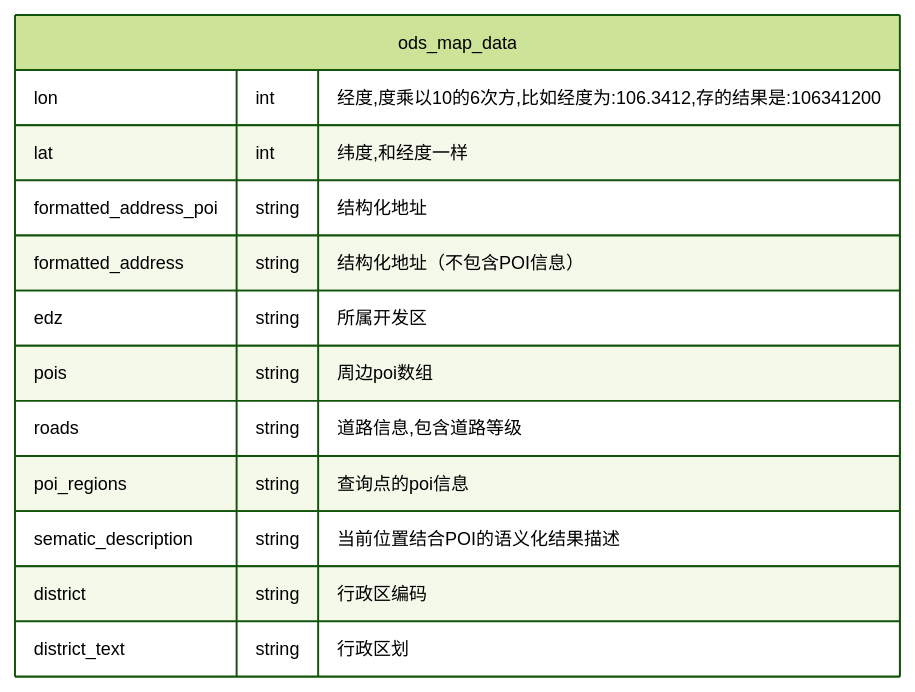
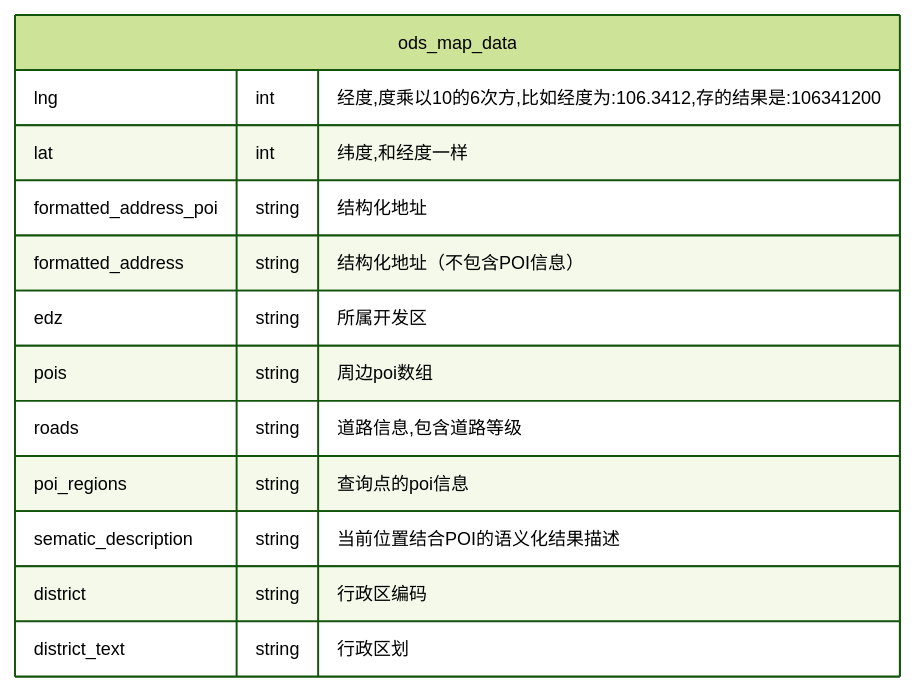
Before and after one commit to luoyh/obsidian-sync: the sixth of 6 diagrams in tqbb/Map.md, drawn with Mermaid. The commit also changed other lines of this file, not shown here.

````diff
--- a/tqbb/Map.md
+++ b/tqbb/Map.md
@@ -166,33 +166,33 @@
 ```mermaid
 %%{
     init: {
         'theme': 'forest', 
         'themeVariables': { 
             'fontSize': '12px', 
             'fontFamily': 'Consolas',  
             'primaryColor': '#BB2528', 
             'primaryTextColor': '#fff', 
             'primaryBorderColor': '#7C0000', 
             'lineColor': '#F8B229', 
             'secondaryColor': '#006100', 
             'tertiaryColor': '#fff'
         }
     }
 }%%
 
 erDiagram
     ods_map_data {
-        lon int "经度,度乘以10的6次方,比如经度为:106.3412,存的结果是:106341200"
+        lng int "经度,度乘以10的6次方,比如经度为:106.3412,存的结果是:106341200"
         lat int "纬度,和经度一样"
         formatted_address_poi string "结构化地址"
         formatted_address string "结构化地址（不包含POI信息）"
         edz string "所属开发区"
         pois string "周边poi数组"
         roads string "道路信息,包含道路等级"
         poi_regions string "查询点的poi信息"
         sematic_description string "当前位置结合POI的语义化结果描述"
         district string "行政区编码"
         district_text string "行政区划"
     }    
     
 ```
````
